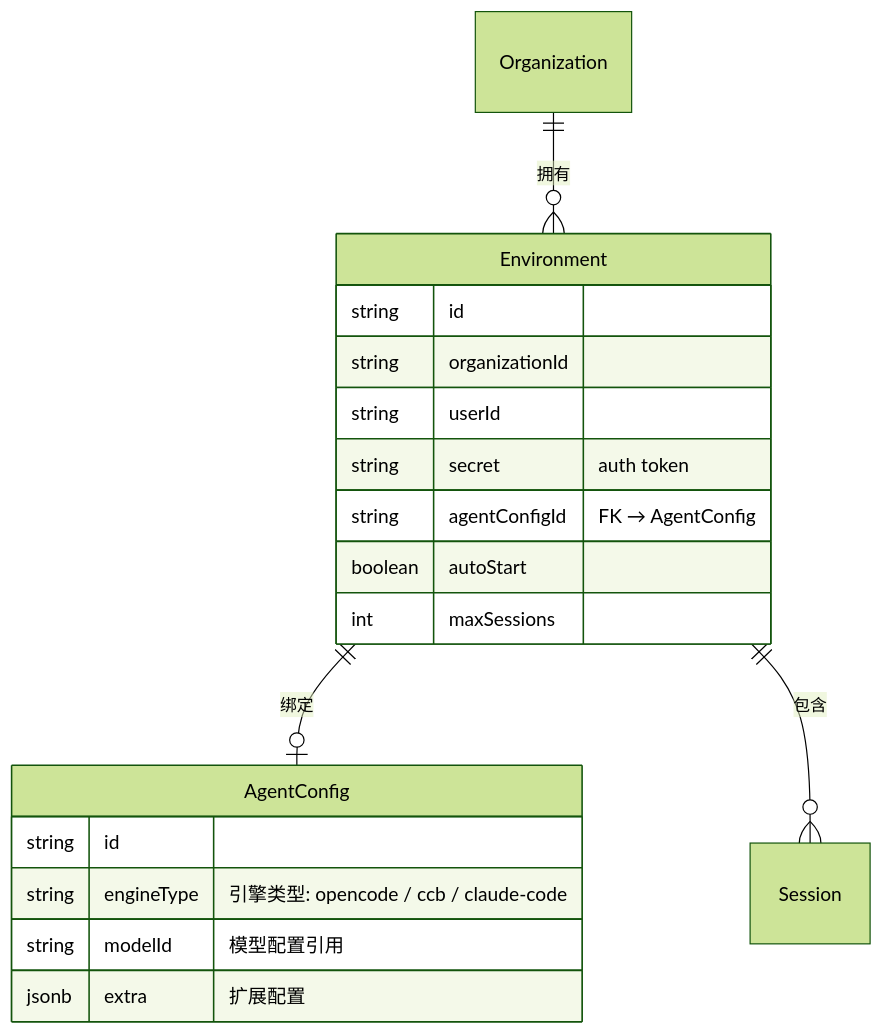
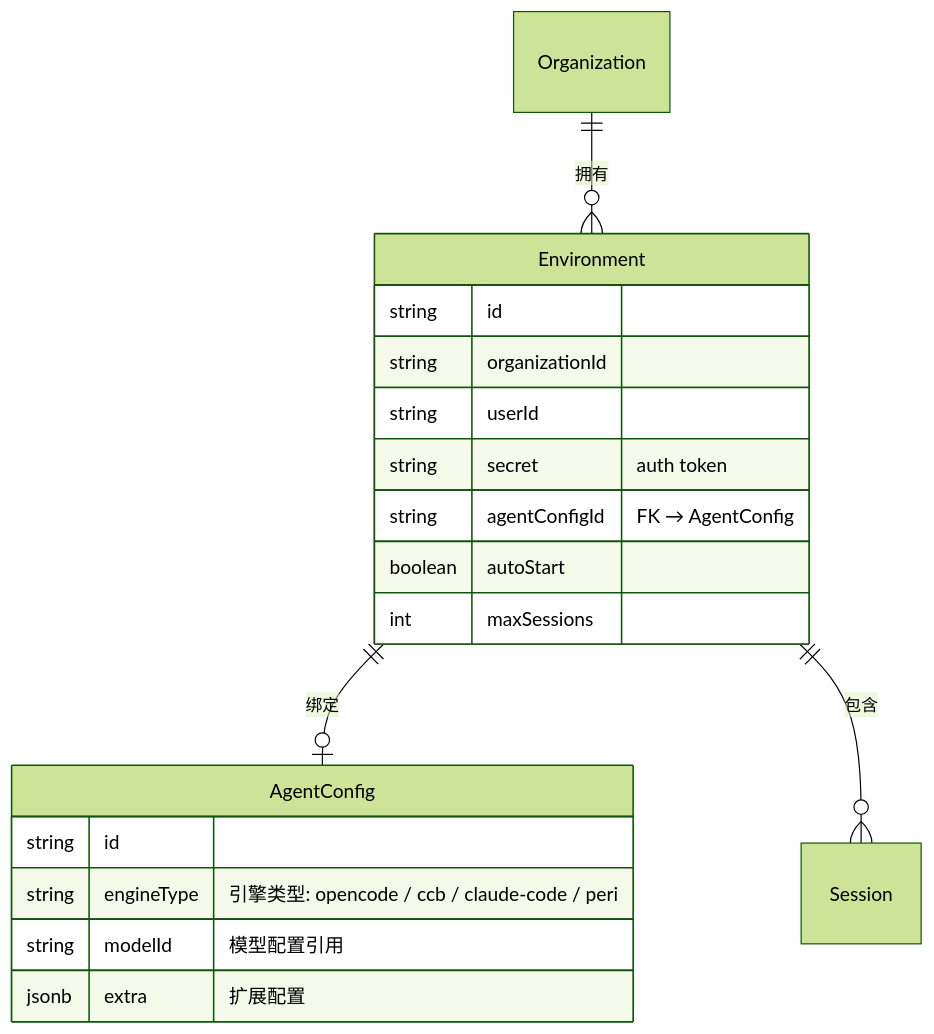
Before and after one commit to HuangPuStar/FenixAgent: the tenth of 11 diagrams in docs/developer/arch/agent-engine-architecture.md, drawn with Mermaid (forest theme). The commit also changed other lines of this file and 33 other files, not shown here.

First line of the commit message:
feat(engine)!: peri 成为平台默认引擎

````diff
--- a/docs/developer/arch/agent-engine-architecture.md
+++ b/docs/developer/arch/agent-engine-architecture.md
@@ -612,21 +633,21 @@
 ```mermaid
 erDiagram
     Organization ||--o{ Environment : "拥有"
     Environment ||--o| AgentConfig : "绑定"
     Environment ||--o{ Session : "包含"
     AgentConfig {
         string id
-        string engineType "引擎类型: opencode / ccb / claude-code"
+        string engineType "引擎类型: opencode / ccb / claude-code / peri"
         string modelId "模型配置引用"
         jsonb extra "扩展配置"
     }
     Environment {
         string id
         string organizationId
         string userId
         string secret "auth token"
         string agentConfigId "FK → AgentConfig"
         boolean autoStart
         int maxSessions
     }
 ```
````
